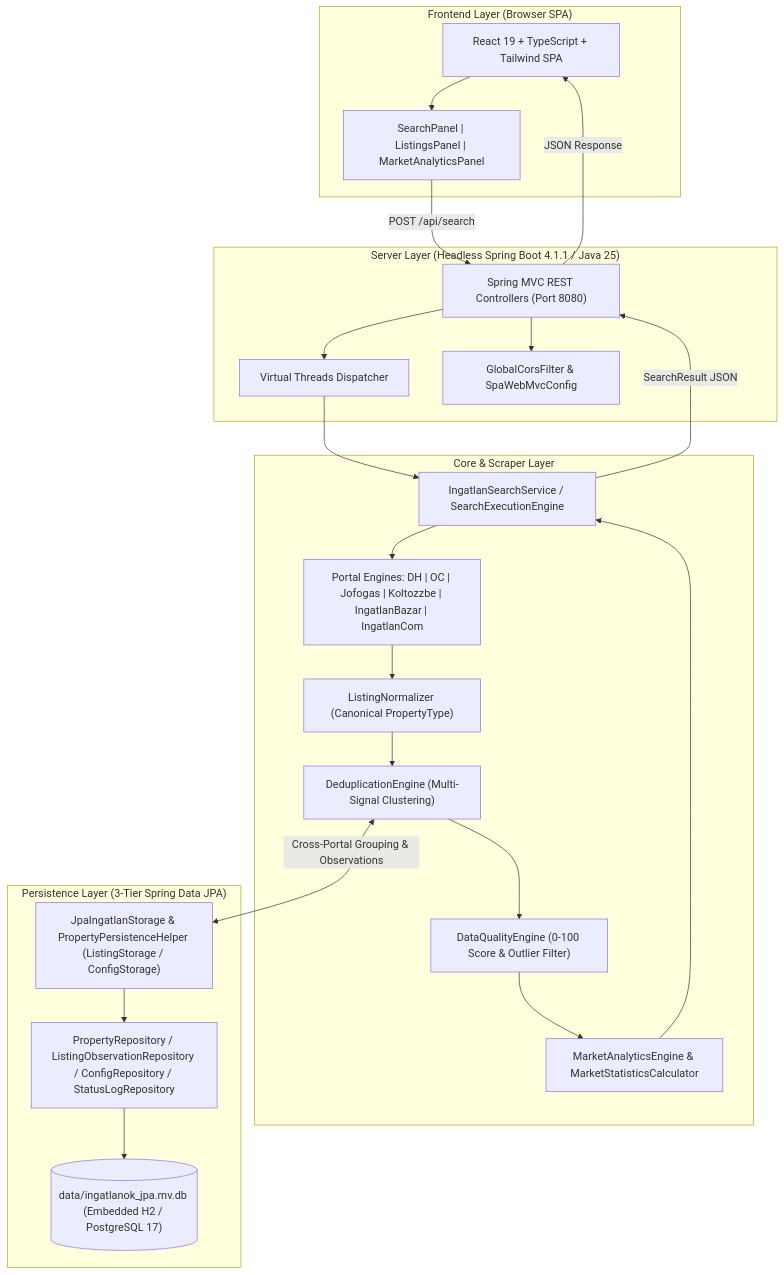
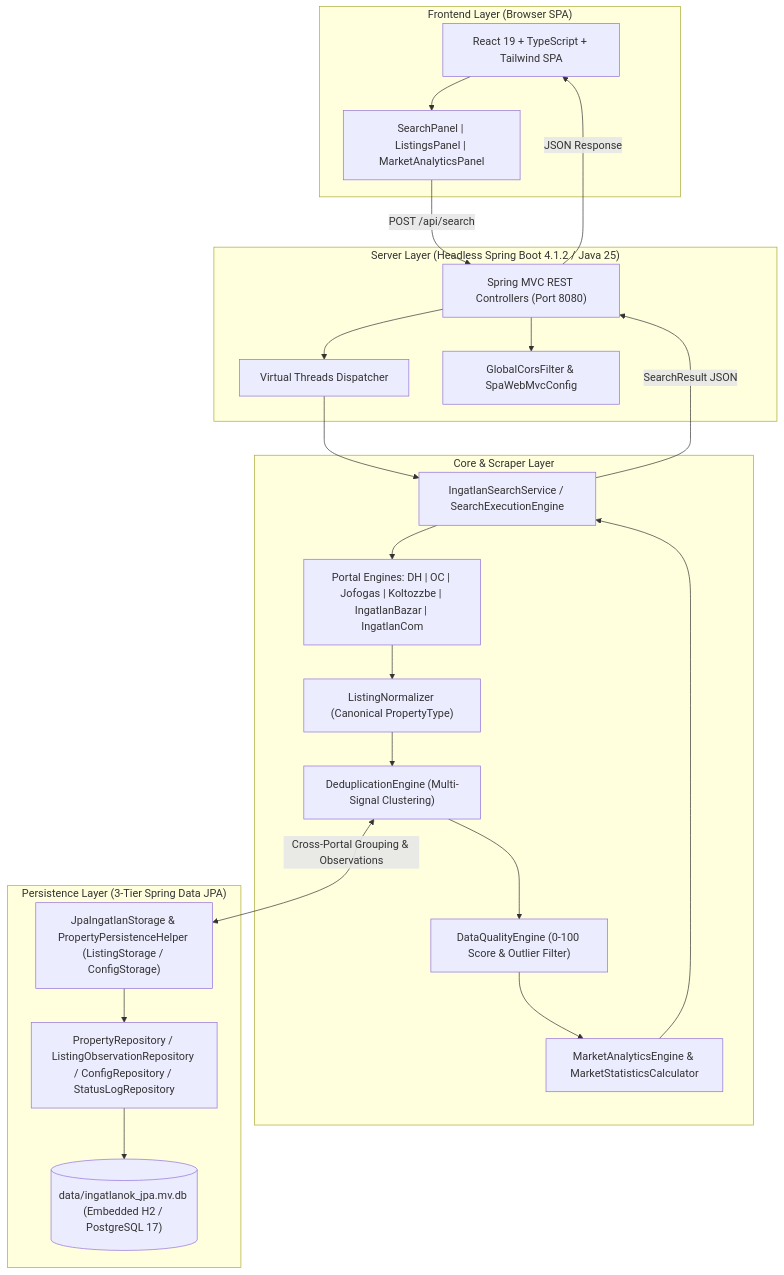
One commit to Luxeonn/ingatlan-kereso changed the diagram in gemini.md. Above: the diagram before and after it, drawn with Mermaid. The commit also changed other lines of this file and 17 other files, not shown here.

````diff
--- a/gemini.md
+++ b/gemini.md
@@ -11,38 +11,38 @@
 ```mermaid
 flowchart TD
     subgraph UI ["Frontend Layer (Browser SPA)"]
         SPA["React 19 + TypeScript + Tailwind SPA"]
         Panels["SearchPanel | ListingsPanel | MarketAnalyticsPanel"]
         SPA --> Panels
     end
 
-    subgraph Server ["Server Layer (Headless Spring Boot 4.1.1 / Java 25)"]
+    subgraph Server ["Server Layer (Headless Spring Boot 4.1.2 / Java 25)"]
         HTTP["Spring MVC REST Controllers (Port 8080)"]
         VThread["Virtual Threads Dispatcher"]
         Cors["GlobalCorsFilter & SpaWebMvcConfig"]
         HTTP --> VThread & Cors
     end
 
     subgraph Service ["Core & Scraper Layer"]
         Orchestrator["IngatlanSearchService / SearchExecutionEngine"]
         Normalizer["ListingNormalizer (Canonical PropertyType)"]
         Portals["Portal Engines: DH | OC | Jofogas | Koltozzbe | IngatlanBazar | IngatlanCom"]
         Quality["DataQualityEngine (0-100 Score & Outlier Filter)"]
         Analytics["MarketAnalyticsEngine & MarketStatisticsCalculator"]
         Dedup["DeduplicationEngine (Multi-Signal Clustering)"]
         
         Orchestrator --> Portals --> Normalizer --> Dedup --> Quality --> Analytics
     end
 
     subgraph Persistence ["Persistence Layer (3-Tier Spring Data JPA)"]
         Storage["JpaIngatlanStorage & PropertyPersistenceHelper (ListingStorage / ConfigStorage)"]
         Repo["PropertyRepository / ListingObservationRepository / ConfigRepository / StatusLogRepository"]
         H2[("data/ingatlanok_jpa.mv.db (Embedded H2 / PostgreSQL 17)")]
         Storage --> Repo --> H2
     end
 
     Panels -->|POST /api/search| HTTP
     VThread --> Orchestrator
     Dedup <-->|Cross-Portal Grouping & Observations| Storage
     Analytics --> Orchestrator -->|SearchResult JSON| HTTP -->|JSON Response| SPA
 ```
````
